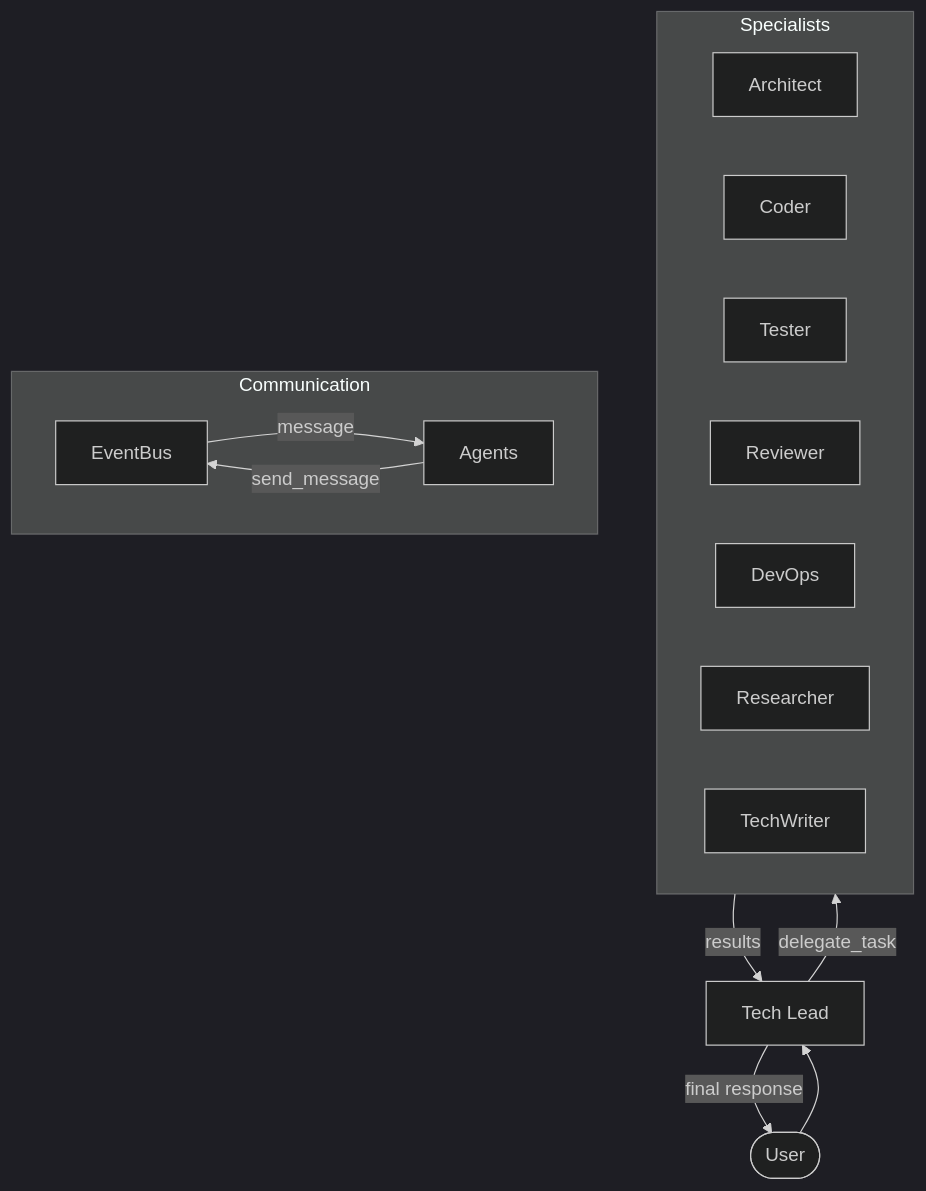
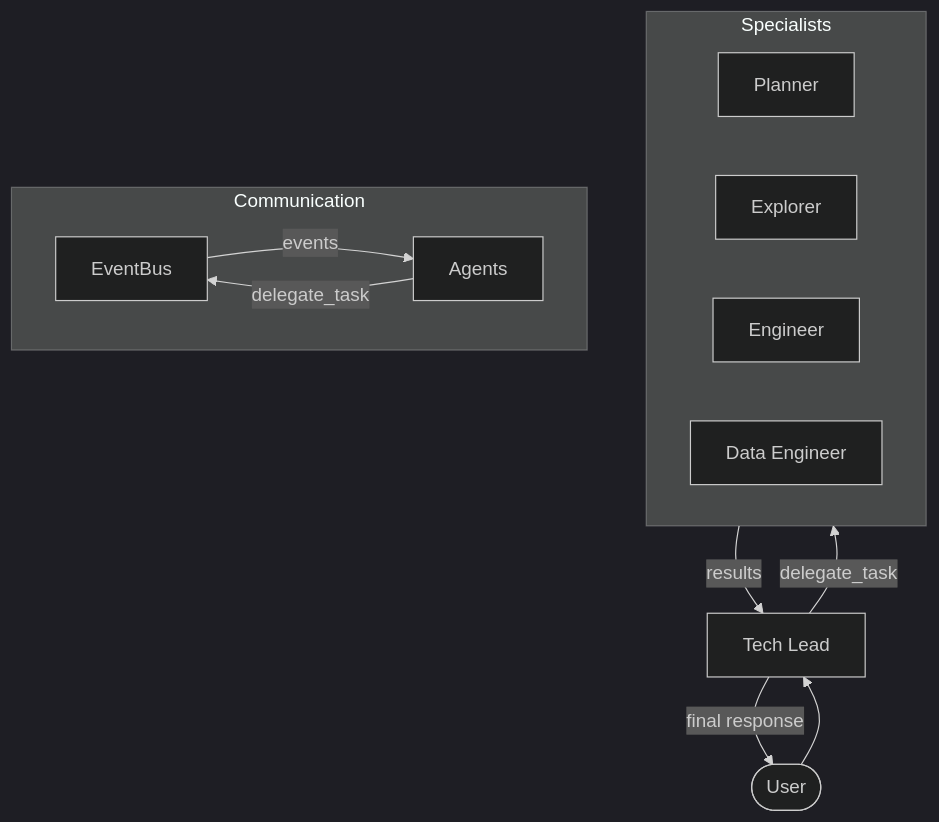
One commit to mlg151/henchman-ai changed the diagram in docs/agents.md. Above: the diagram before and after it, drawn with Mermaid (dark theme). The commit also changed other lines of this file and 674 other files, not shown here.

````diff
--- a/docs/agents.md
+++ b/docs/agents.md
@@ -9,23 +9,20 @@
 ```mermaid
 graph TD
     User([User]) --> TL[Tech Lead]
     TL -- delegate_task --> Specialists[Specialist Agents]
     Specialists -- results --> TL
     TL -- final response --> User
     
     subgraph "Specialists"
-        Architect
-        Coder
-        Tester
-        Reviewer
-        DevOps
-        Researcher
-        TechWriter
+        Planner
+        Explorer
+        Engineer
+        DataEngineer[Data Engineer]
     end
     
     subgraph "Communication"
         EB[EventBus]
-        Agents -- send_message --> EB
-        EB -- message --> Agents
+        Agents -- delegate_task --> EB
+        EB -- events --> Agents
     end
 ```
````
